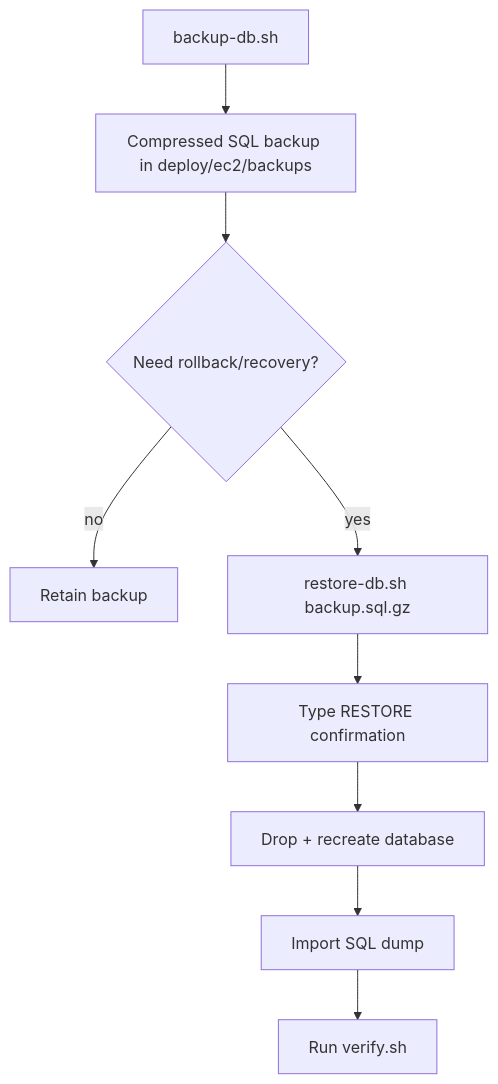
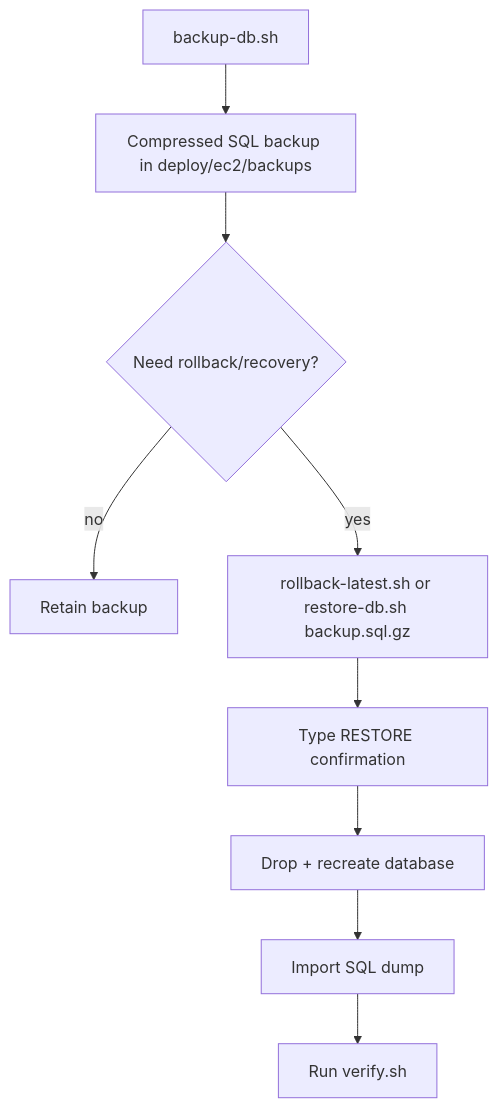
Before and after one commit to AmanVatsSharma/MailZen-Smart-Email-Management: the third of 3 diagrams in deploy/ec2/FLOW.md, drawn with Mermaid. The commit also changed 5 other files, not shown here.

Commit message:
add rollback-latest helper for backup recovery

````diff
--- a/deploy/ec2/FLOW.md
+++ b/deploy/ec2/FLOW.md
@@ -40,11 +40,11 @@
 ```mermaid
 flowchart TD
   BackupStart[backup-db.sh] --> BackupFile[Compressed SQL backup in deploy/ec2/backups]
   BackupFile --> Incident{Need rollback/recovery?}
   Incident -- no --> KeepBackup[Retain backup]
-  Incident -- yes --> Restore[restore-db.sh backup.sql.gz]
+  Incident -- yes --> Restore[rollback-latest.sh or restore-db.sh backup.sql.gz]
   Restore --> Confirm[Type RESTORE confirmation]
   Confirm --> RecreateDB[Drop + recreate database]
   RecreateDB --> ImportDump[Import SQL dump]
   ImportDump --> VerifyApp[Run verify.sh]
 ```
````
